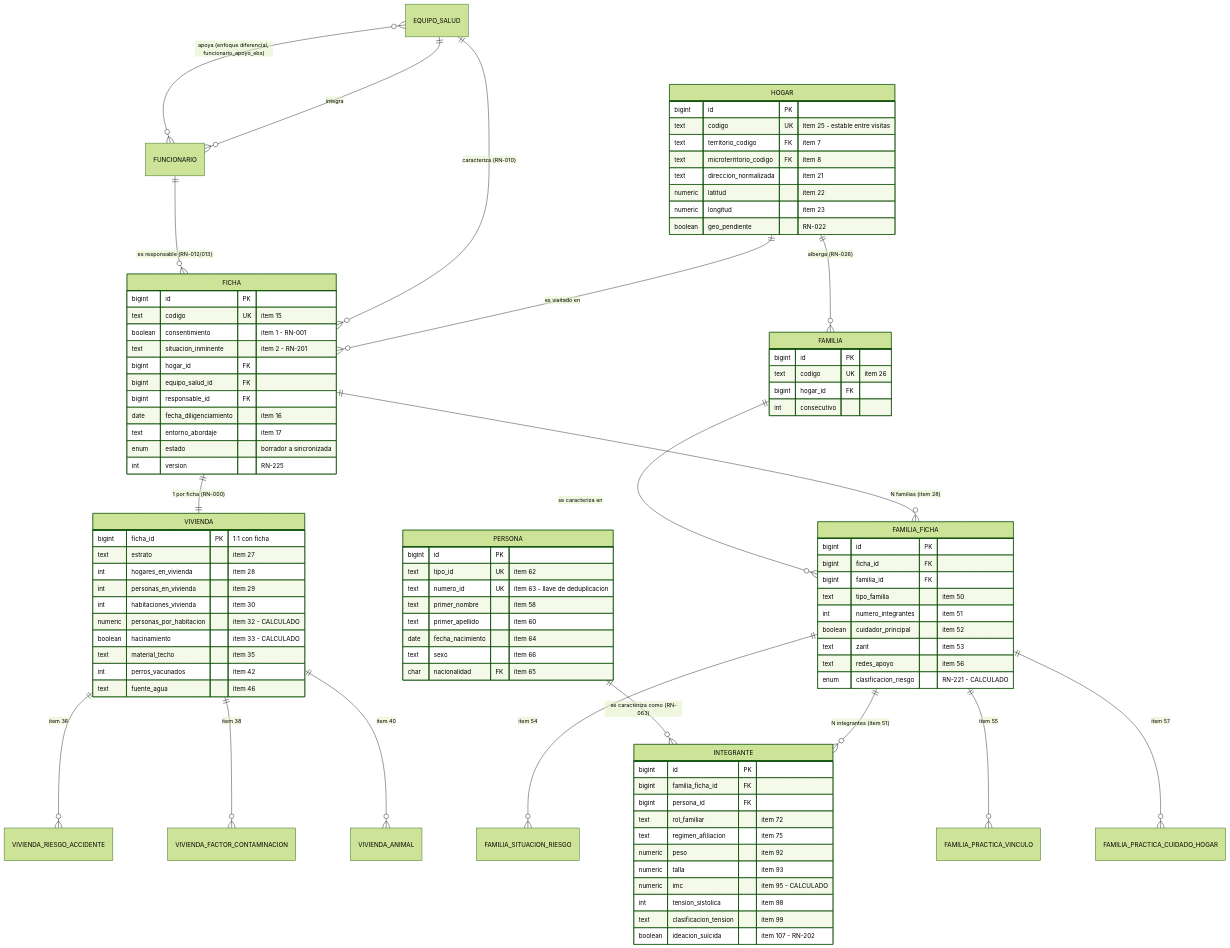
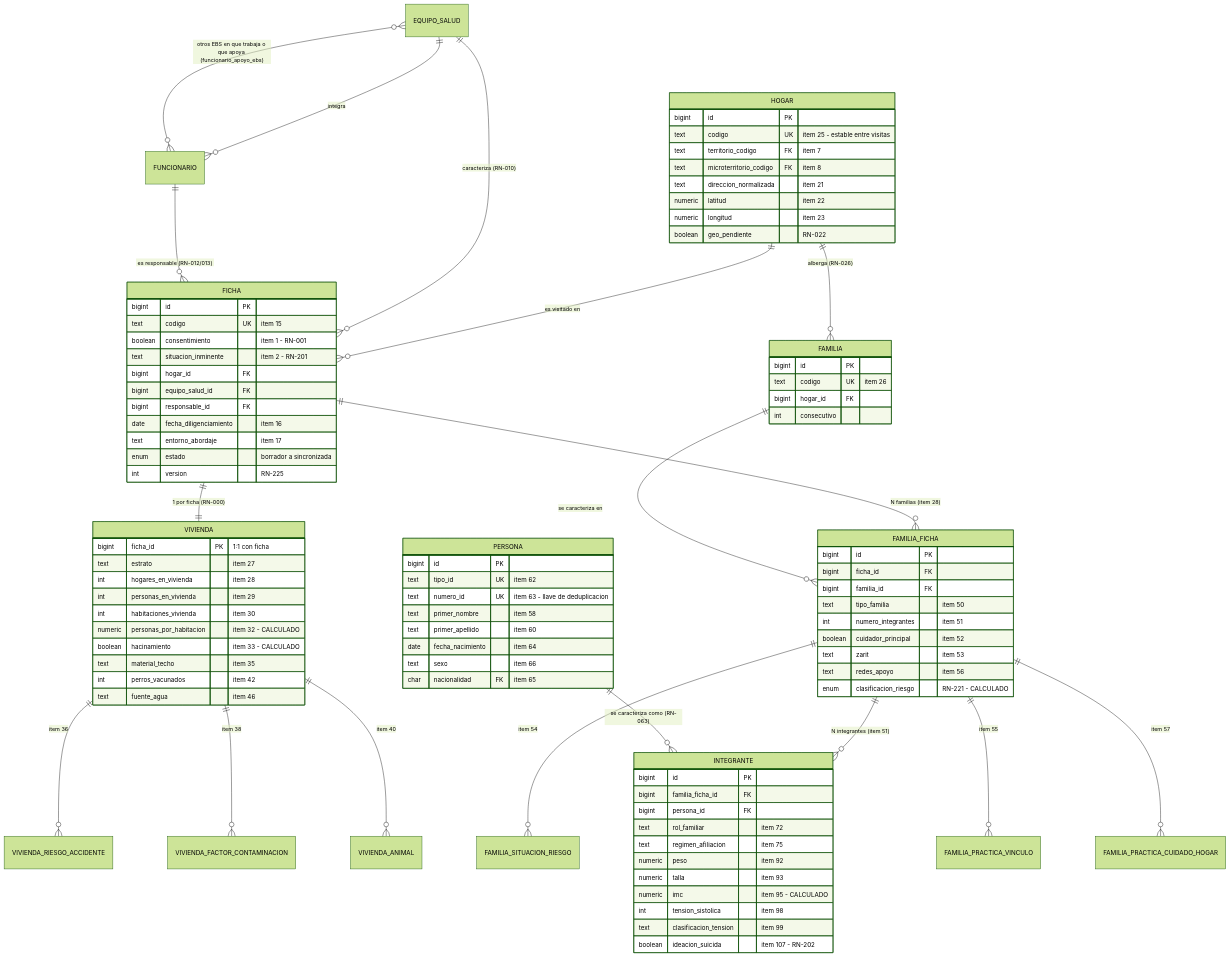
The first of 4 diagrams in bd/MODELO_ENTIDAD_RELACION.md (Nico023110/APS_ENCUESTA), drawn with Mermaid (forest theme) before and after one commit. The commit also changed 10 other files, not shown here.

```diff
--- a/bd/MODELO_ENTIDAD_RELACION.md
+++ b/bd/MODELO_ENTIDAD_RELACION.md
@@ -74,7 +74,7 @@
     EQUIPO_SALUD ||--o{ FICHA : "caracteriza (RN-010)"
     FUNCIONARIO ||--o{ FICHA : "es responsable (RN-012/013)"
     EQUIPO_SALUD ||--o{ FUNCIONARIO : "integra"
-    FUNCIONARIO }o--o{ EQUIPO_SALUD : "apoya (enfoque diferencial, funcionario_apoyo_ebs)"
+    FUNCIONARIO }o--o{ EQUIPO_SALUD : "otros EBS en que trabaja o que apoya (funcionario_apoyo_ebs)"
 
     FICHA ||--|| VIVIENDA : "1 por ficha (RN-000)"
     FICHA ||--o{ FAMILIA_FICHA : "N familias (item 28)"
```
